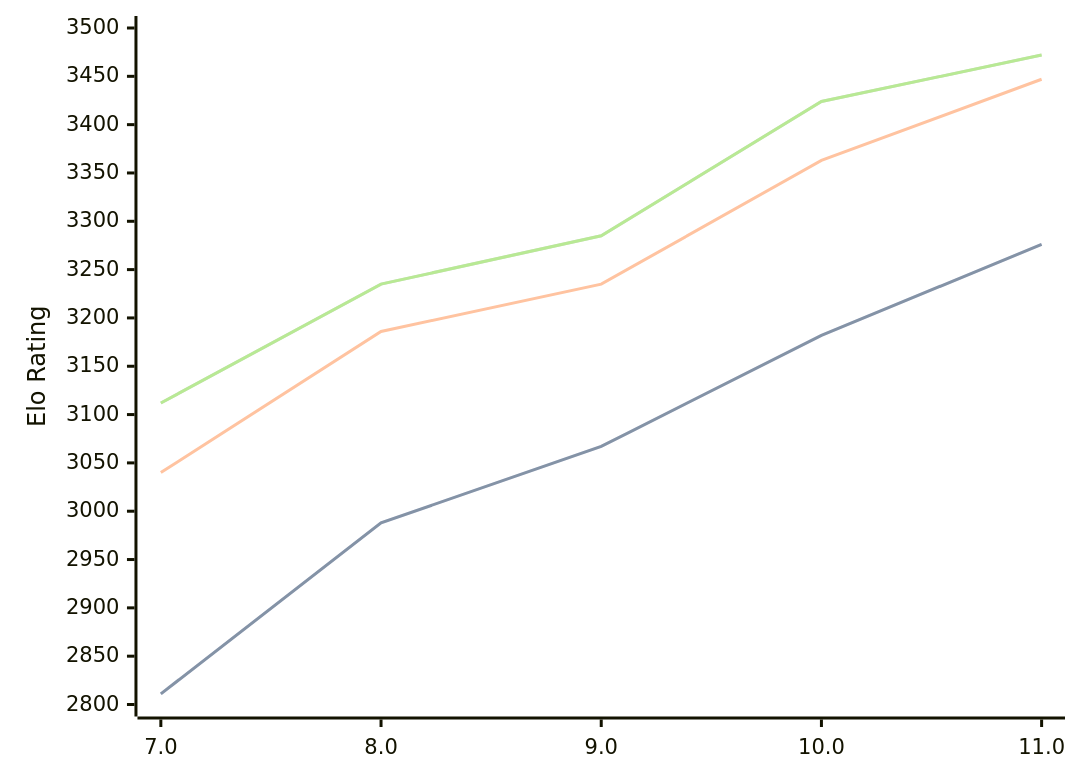
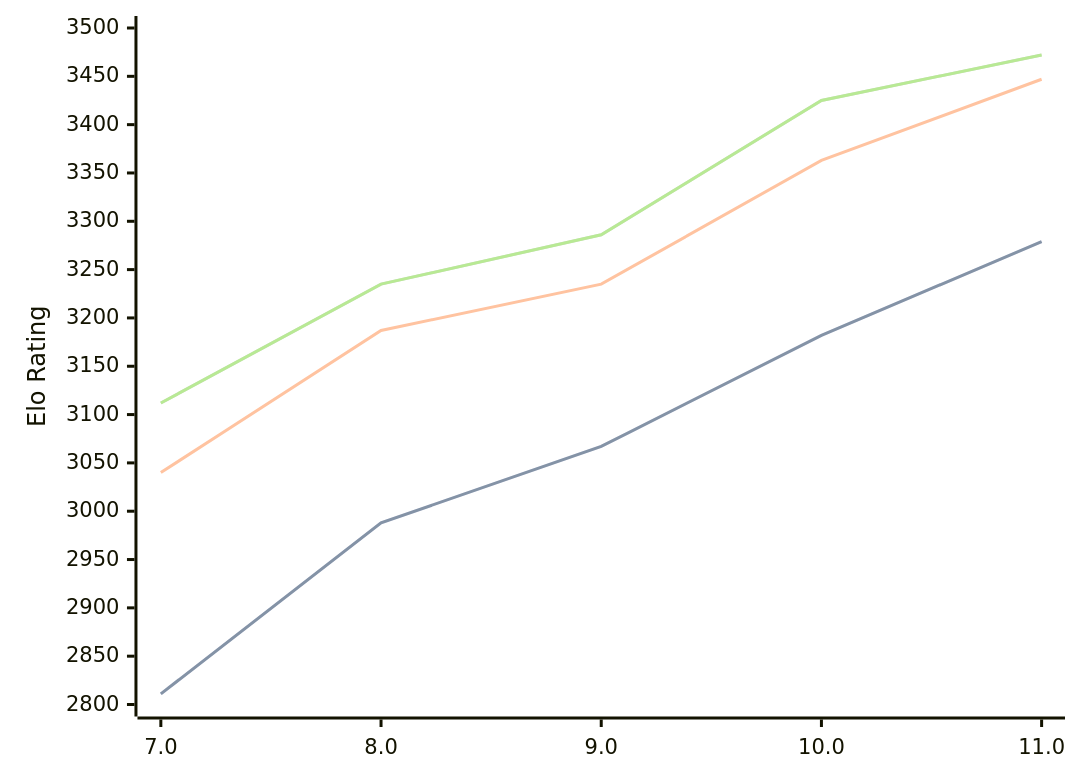
One commit to computer-chess-index/cci changed the diagram in engines/Tcheran.md. Above: the diagram before and after it, drawn with Mermaid. The commit also changed other lines of this file, not shown here.

Commit message:
Update CCI Ratings (ELO VLTC) - 2026-02-21

````diff
--- a/engines/Tcheran.md
+++ b/engines/Tcheran.md
@@ -46,11 +46,11 @@
 ```mermaid
 %%{init: {"theme":"base","themeVariables":{"seriesColors:['#a3a3a3','#222221','#faa371']}}}%%
 xychart-beta
   x-axis ["7.0", "8.0", "9.0", "10.0", "11.0"]
   y-axis "Elo Rating" 2800 --> 3500
-  line "STC (8.0+0.08s)" [2811, 2988, 3067, 3182, 3276]
-  line "STC (8.0+0.08s)" [2811, 2988, 3067, 3182, 3276]
-  line "LTC (60.0+0.60s)" [3040, 3186, 3235, 3363, 3447]
-  line "VLTC (2m24s+1.12s)" [3112, 3235, 3285, 3424, 3472]
-  line "VLTC (2m24s+1.12s)" [3112, 3235, 3285, 3424, 3472]
+  line "STC (8.0+0.08s)" [2811, 2988, 3067, 3182, 3279]
+  line "STC (8.0+0.08s)" [2811, 2988, 3067, 3182, 3279]
+  line "LTC (60.0+0.60s)" [3040, 3187, 3235, 3363, 3447]
+  line "VLTC (2m24s+1.12s)" [3112, 3235, 3286, 3425, 3472]
+  line "VLTC (2m24s+1.12s)" [3112, 3235, 3286, 3425, 3472]
 ```
````
